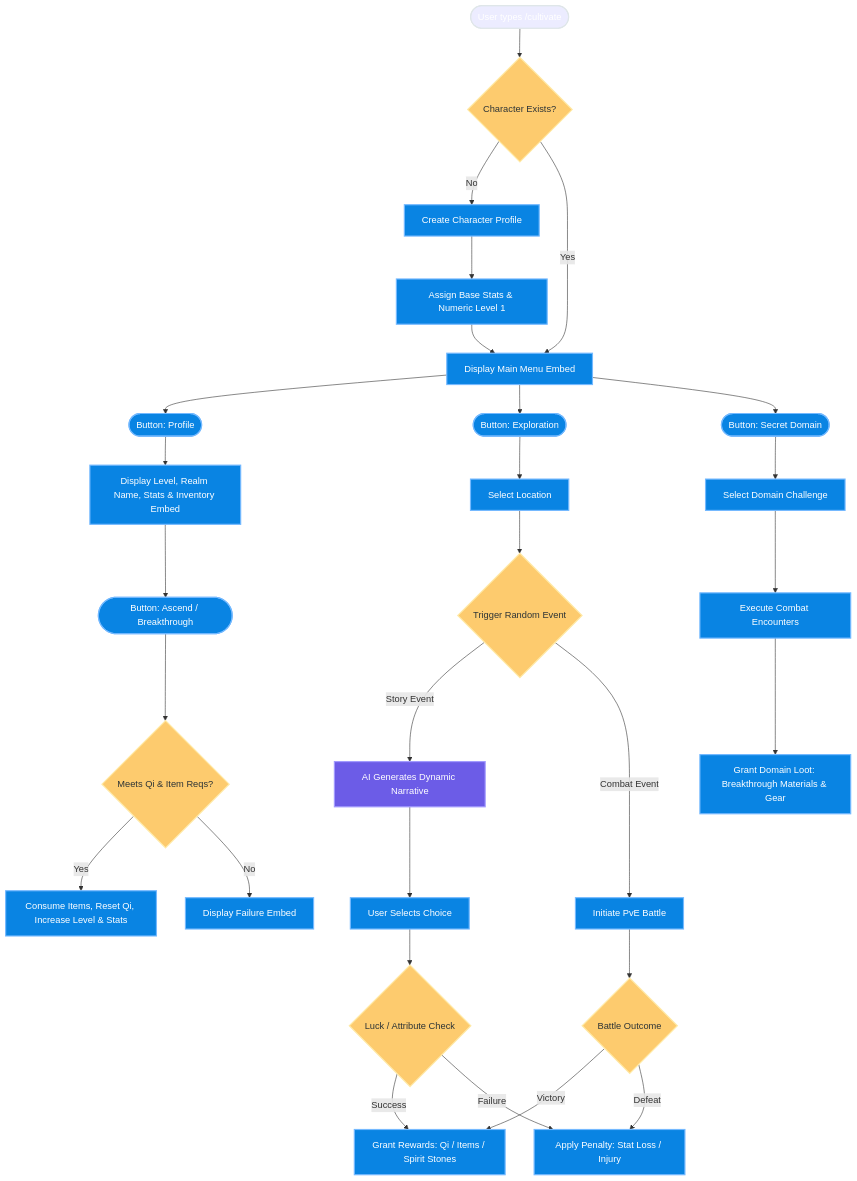
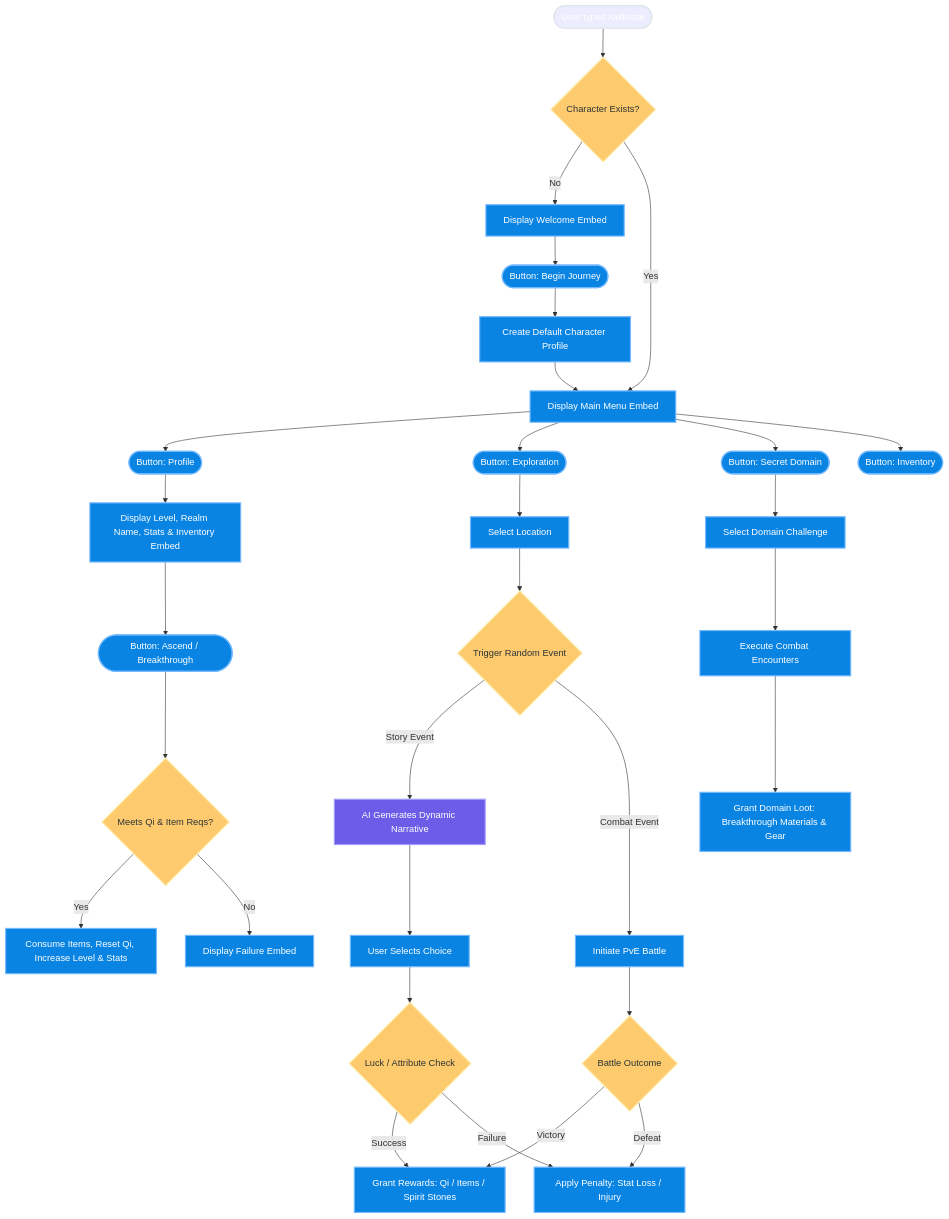
One commit to haidinhtran/thienkhu changed the diagram in docs/user_flow.md. Above: the diagram before and after it, drawn with Mermaid. The commit also changed 24 other files, not shown here.

````diff
--- a/docs/user_flow.md
+++ b/docs/user_flow.md
@@ -7,47 +7,49 @@
 ```mermaid
 flowchart TD
     classDef start finish fill:#2d3436,stroke:#dfe6e9,stroke-width:2px,color:#fff;
     classDef action fill:#0984e3,stroke:#74b9ff,stroke-width:2px,color:#fff;
     classDef condition fill:#fdcb6e,stroke:#ffeaa7,stroke-width:2px,color:#2d3436;
     classDef ai fill:#6c5ce7,stroke:#a29bfe,stroke-width:2px,color:#fff;
 
     A([User types /cultivate]):::start --> B{Character Exists?}:::condition
 
     %% Account Registration
-    B -- No --> C[Create Character Profile]:::action
-    C --> D[Assign Base Stats & Numeric Level 1]:::action
+    B -- No --> C[Display Welcome Embed]:::action
+    C --> C1([Button: Begin Journey]):::action
+    C1 --> D[Create Default Character Profile]:::action
     D --> E
 
     %% Main Menu Navigation
     B -- Yes --> E[Display Main Menu Embed]:::action
     E --> F([Button: Profile]):::action
     E --> G([Button: Exploration]):::action
     E --> H([Button: Secret Domain]):::action
+    E --> I([Button: Inventory]):::action
 
     %% Profile Inspection & Ascension
     F --> F1[Display Level, Realm Name, Stats & Inventory Embed]:::action
     F1 --> F2([Button: Ascend / Breakthrough]):::action
     F2 --> F3{Meets Qi & Item Reqs?}:::condition
     F3 -- Yes --> F4[Consume Items, Reset Qi, Increase Level & Stats]:::action
     F3 -- No --> F5[Display Failure Embed]:::action
 
     %% Exploration Activity
     G --> G1[Select Location]:::action
     G1 --> G2{Trigger Random Event}:::condition
 
     G2 -- Story Event --> G3[AI Generates Dynamic Narrative]:::ai
     G3 --> G4[User Selects Choice]:::action
     G4 --> G5{Luck / Attribute Check}:::condition
     G5 -- Success --> G6[Grant Rewards: Qi / Items / Spirit Stones]:::action
     G5 -- Failure --> G7[Apply Penalty: Stat Loss / Injury]:::action
 
     G2 -- Combat Event --> G8[Initiate PvE Battle]:::action
     G8 --> G9{Battle Outcome}:::condition
     G9 -- Victory --> G6
     G9 -- Defeat --> G7
 
     %% Secret Domain Activity
     H --> H1[Select Domain Challenge]:::action
     H1 --> H2[Execute Combat Encounters]:::action
     H2 --> H3[Grant Domain Loot: Breakthrough Materials & Gear]:::action
 ```
````
